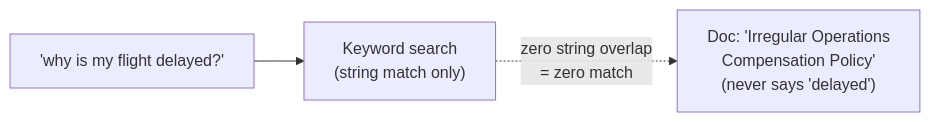
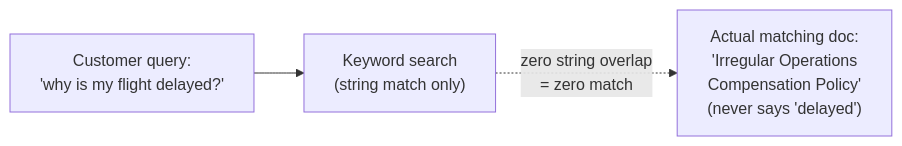
The second of 13 diagrams in system-design/HLD/0-course/44-Design-a-LLM-Customer-Support-Bot-FAANG-Guide-story.md (riyaz-pasha/Learnings), drawn with Mermaid before and after one commit. The commit also changed other lines of this file and 1 other file, not shown here.

Commit message:
[REWRITE] LLM Customer Support Bot story guide: simplify prose, add structure, fix diagrams

````diff
--- a/system-design/HLD/0-course/44-Design-a-LLM-Customer-Support-Bot-FAANG-Guide-story.md
+++ b/system-design/HLD/0-course/44-Design-a-LLM-Customer-Support-Bot-FAANG-Guide-story.md
@@ -41,6 +117,9 @@
 ```mermaid
 flowchart LR
-    Q["'why is my flight delayed?'"] --> KW["Keyword search\n(string match only)"]
-    DOC["Doc: 'Irregular Operations\nCompensation Policy'\n(never says 'delayed')"]
-    KW -.->|"zero string overlap\n= zero match"| DOC
+    Q["Customer query:<br/>'why is my flight delayed?'"]
+    KW["Keyword search<br/>(string match only)"]
+    DOC["Actual matching doc:<br/>'Irregular Operations<br/>Compensation Policy'<br/>(never says 'delayed')"]
+
+    Q --> KW
+    KW -. "zero string overlap<br/>= zero match" .-> DOC
 ```
````
